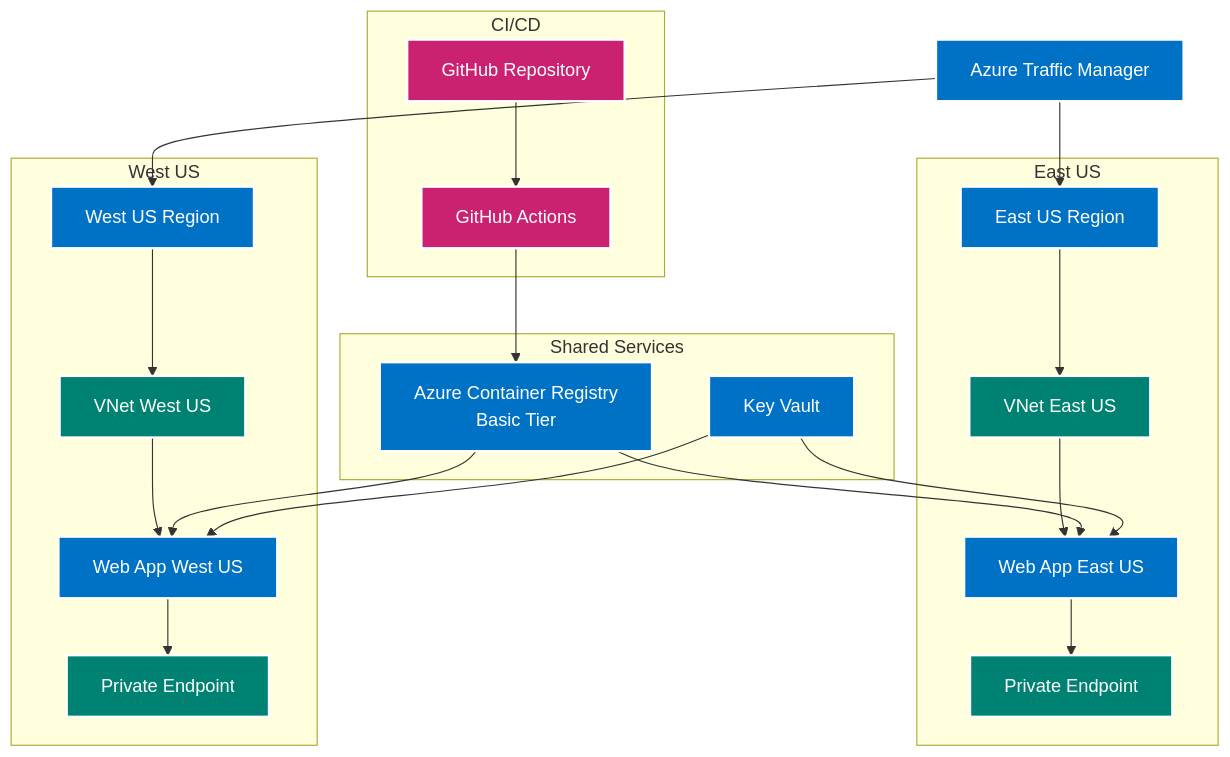
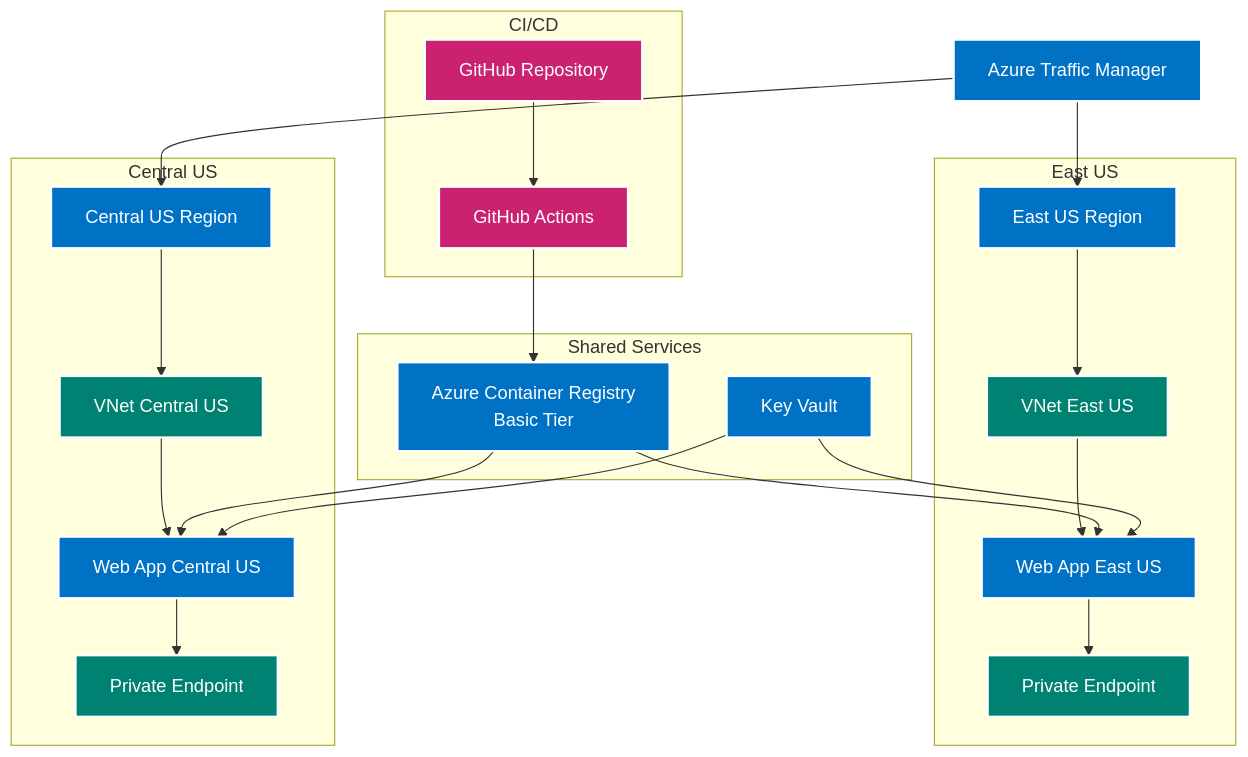
The second of 2 diagrams in README.md (reematcs/basic-multiregion-webapp-azure), drawn with Mermaid before and after one commit. The commit also changed other lines of this file, not shown here.

````diff
--- a/README.md
+++ b/README.md
@@ -2,37 +16,37 @@
 ```mermaid
 graph TB
     TM[Azure Traffic Manager] --> EUS[East US Region]
-    TM --> WUS[West US Region]
+    TM --> CUS[Central US Region]
     
     subgraph "East US"
     EUS --> EUSVNET[VNet East US]
     EUSVNET --> EUSWEBAPP[Web App East US]
     EUSWEBAPP --> EUSPE[Private Endpoint]
     end
     
-    subgraph "West US"
-    WUS --> WUSVNET[VNet West US]
-    WUSVNET --> WUSWEBAPP[Web App West US]
-    WUSWEBAPP --> WUSPE[Private Endpoint]
+    subgraph "Central US"
+    CUS --> CUSVNET[VNet Central US]
+    CUSVNET --> CUSWEBAPP[Web App Central US]
+    CUSWEBAPP --> CUSPE[Private Endpoint]
     end
     
     subgraph "Shared Services"
     ACR[Azure Container Registry<br>Basic Tier] --> EUSWEBAPP
-    ACR --> WUSWEBAPP
+    ACR --> CUSWEBAPP
     KV[Key Vault] --> EUSWEBAPP
-    KV --> WUSWEBAPP
+    KV --> CUSWEBAPP
     end
     
     subgraph "CI/CD"
     GH[GitHub Repository] --> GHA[GitHub Actions]
     GHA --> ACR
     end
 
     classDef azure fill:#0072C6,stroke:#fff,stroke-width:2px,color:#fff
     classDef network fill:#008272,stroke:#fff,stroke-width:2px,color:#fff
     classDef security fill:#CA2171,stroke:#fff,stroke-width:2px,color:#fff
     
-    class TM,EUS,WUS,EUSWEBAPP,WUSWEBAPP,ACR,KV azure
-    class EUSVNET,WUSVNET,EUSPE,WUSPE network
+    class TM,EUS,CUS,EUSWEBAPP,CUSWEBAPP,ACR,KV azure
+    class EUSVNET,CUSVNET,EUSPE,CUSPE network
     class GH,GHA security
 ```
````
